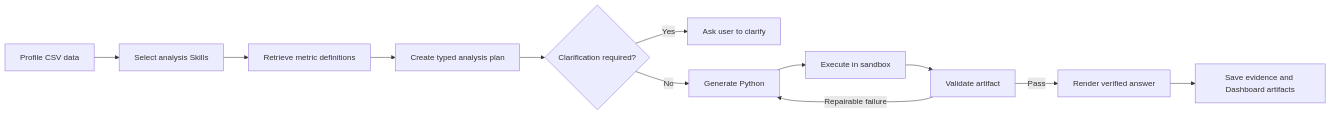
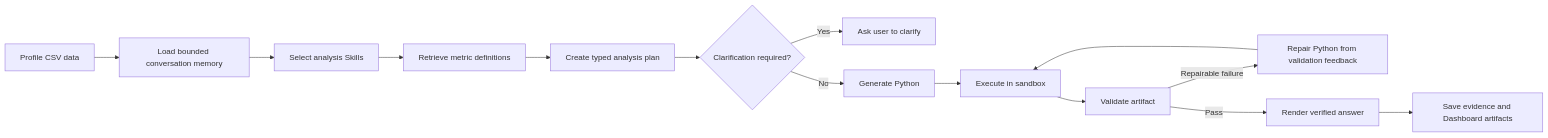
Before and after one commit to sageeesy/Datasays: the diagram in README.md, drawn with Mermaid. The commit also changed other lines of this file and 6 other files, not shown here.

Commit message:
docs: document DataSays architecture and reliability iterations

````diff
--- a/README.md
+++ b/README.md
@@ -21,14 +23,16 @@
 ```mermaid
 flowchart LR
-    A["Profile CSV data"] --> B["Select analysis Skills"]
+    A["Profile CSV data"] --> M["Load bounded conversation memory"]
+    M --> B["Select analysis Skills"]
     B --> C["Retrieve metric definitions"]
     C --> D["Create typed analysis plan"]
     D --> E{"Clarification required?"}
     E -- "Yes" --> F["Ask user to clarify"]
     E -- "No" --> G["Generate Python"]
     G --> H["Execute in sandbox"]
     H --> I["Validate artifact"]
-    I -- "Repairable failure" --> G
+    I -- "Repairable failure" --> R["Repair Python from validation feedback"]
+    R --> H
     I -- "Pass" --> J["Render verified answer"]
     J --> K["Save evidence and Dashboard artifacts"]
 ```
````
